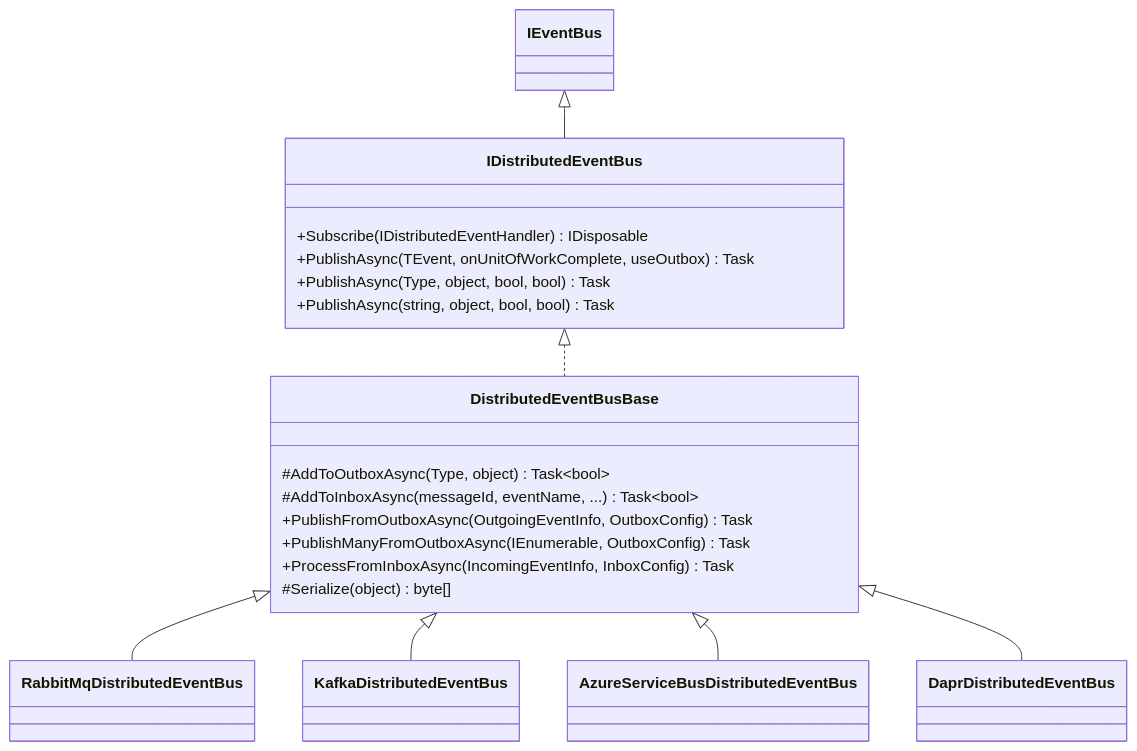
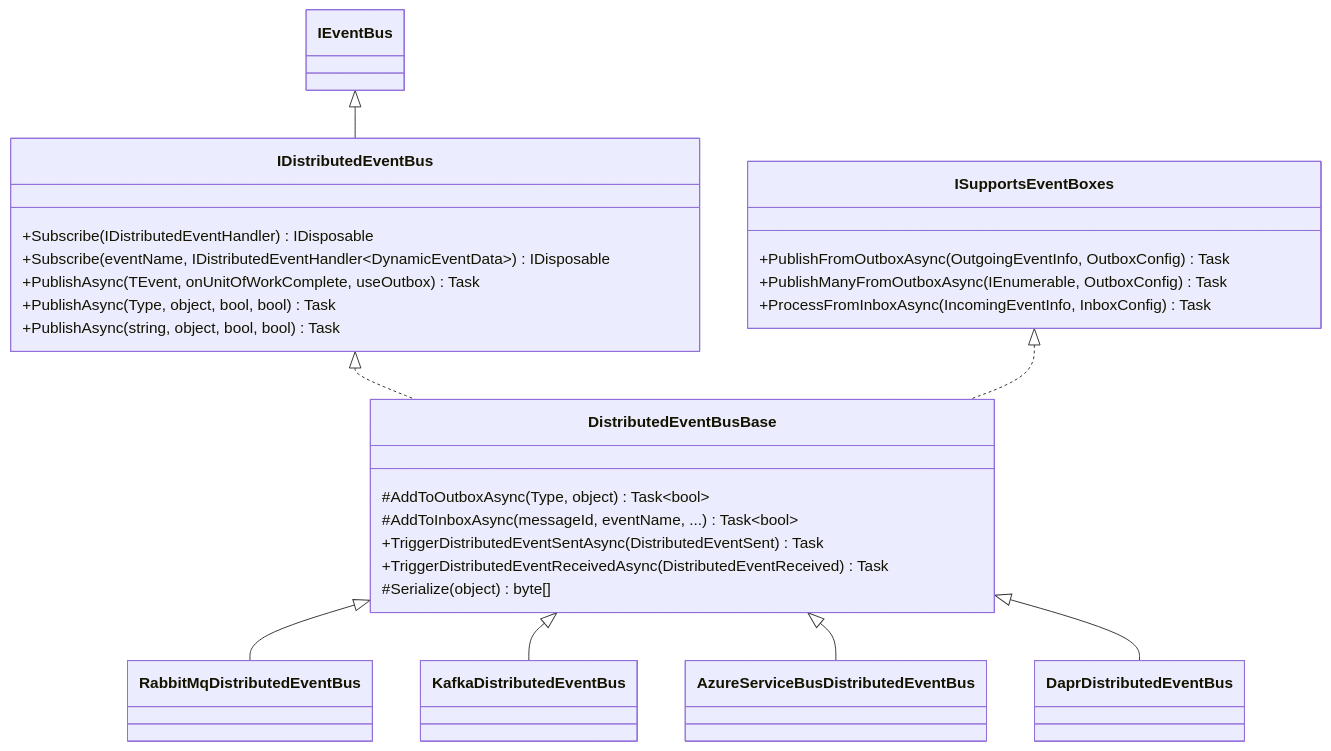
One commit to mintlify-atlas/docs-wiki-a1b1ff33 changed the diagram in event-bus/distributed-event-bus.mdx. Above: the diagram before and after it, drawn with Mermaid. The commit also changed other lines of this file and 51 other files, not shown here.

````diff
--- a/event-bus/distributed-event-bus.mdx
+++ b/event-bus/distributed-event-bus.mdx
@@ -11,24 +11,30 @@
 ```mermaid
 classDiagram
     IEventBus <|-- IDistributedEventBus
     IDistributedEventBus <|.. DistributedEventBusBase
+    ISupportsEventBoxes <|.. DistributedEventBusBase
     DistributedEventBusBase <|-- RabbitMqDistributedEventBus
     DistributedEventBusBase <|-- KafkaDistributedEventBus
     DistributedEventBusBase <|-- AzureServiceBusDistributedEventBus
     DistributedEventBusBase <|-- DaprDistributedEventBus
 
     class IDistributedEventBus {
         +Subscribe(IDistributedEventHandler) IDisposable
+        +Subscribe(eventName, IDistributedEventHandler~DynamicEventData~) IDisposable
         +PublishAsync(TEvent, onUnitOfWorkComplete, useOutbox) Task
         +PublishAsync(Type, object, bool, bool) Task
         +PublishAsync(string, object, bool, bool) Task
     }
+    class ISupportsEventBoxes {
+        +PublishFromOutboxAsync(OutgoingEventInfo, OutboxConfig) Task
+        +PublishManyFromOutboxAsync(IEnumerable, OutboxConfig) Task
+        +ProcessFromInboxAsync(IncomingEventInfo, InboxConfig) Task
+    }
     class DistributedEventBusBase {
         #AddToOutboxAsync(Type, object) Task~bool~
         #AddToInboxAsync(messageId, eventName, ...) Task~bool~
-        +PublishFromOutboxAsync(OutgoingEventInfo, OutboxConfig) Task
-        +PublishManyFromOutboxAsync(IEnumerable, OutboxConfig) Task
-        +ProcessFromInboxAsync(IncomingEventInfo, InboxConfig) Task
+        +TriggerDistributedEventSentAsync(DistributedEventSent) Task
+        +TriggerDistributedEventReceivedAsync(DistributedEventReceived) Task
         #Serialize(object) byte[]
     }
 ```
````
